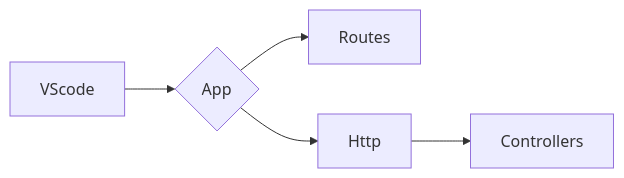
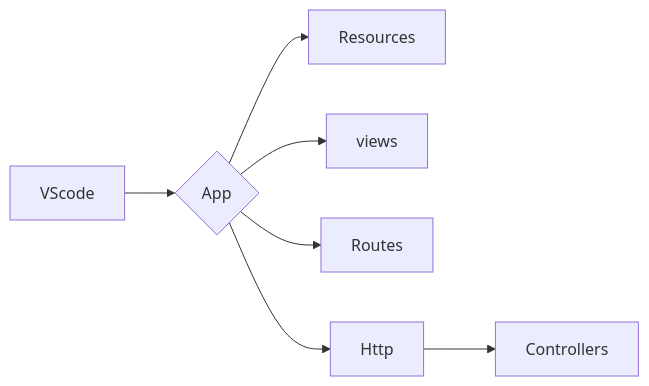
Before and after one commit to SauloCandeira/PHP-Laravel: the diagram in readme.md, drawn with Mermaid.

````diff
--- a/readme.md
+++ b/readme.md
@@ -18,9 +18,11 @@
 ```mermaid
 flowchart LR
 B[VScode]
 
 B --> C{App}
+C --> N[Resources]
+C --> O[views]
 C --> K[Routes]
 C --> L[Http]
 L --> M[Controllers]
 ```
````
